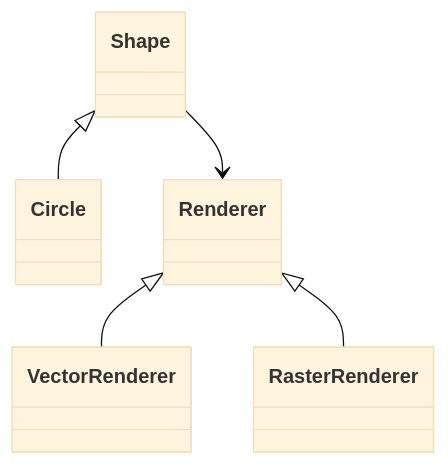
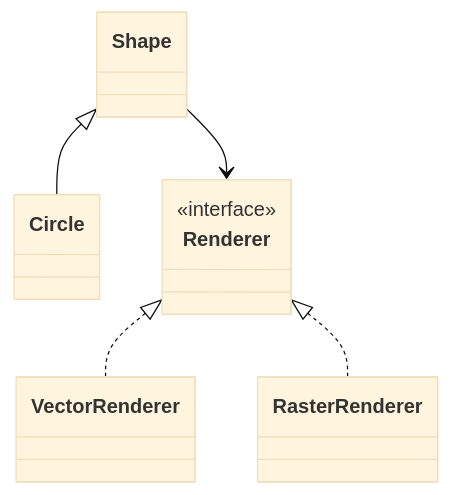
One commit to remideboer/pys changed the second of 2 diagrams in examples/design_patterns/structural/bridge.md. Above: the diagram before and after it, drawn with Mermaid (base theme). The commit also changed 23 other files, not shown here.

````diff
--- a/examples/design_patterns/structural/bridge.md
+++ b/examples/design_patterns/structural/bridge.md
@@ -36,12 +36,14 @@
 ```mermaid
 classDiagram
     class Shape
     class Circle
-    class Renderer
+    class Renderer {
+        <<interface>>
+    }
     class VectorRenderer
     class RasterRenderer
     Shape --> Renderer
     Shape <|-- Circle
-    Renderer <|-- VectorRenderer
-    Renderer <|-- RasterRenderer
+    Renderer <|.. VectorRenderer
+    Renderer <|.. RasterRenderer
 ```
````
